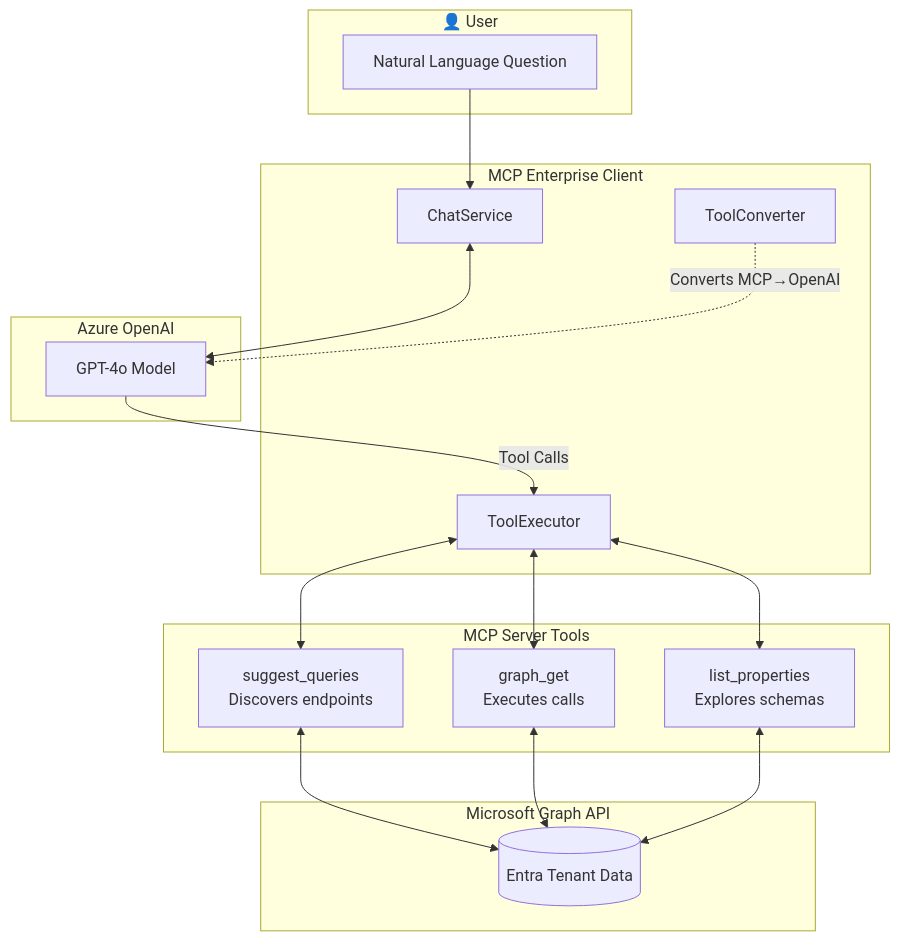
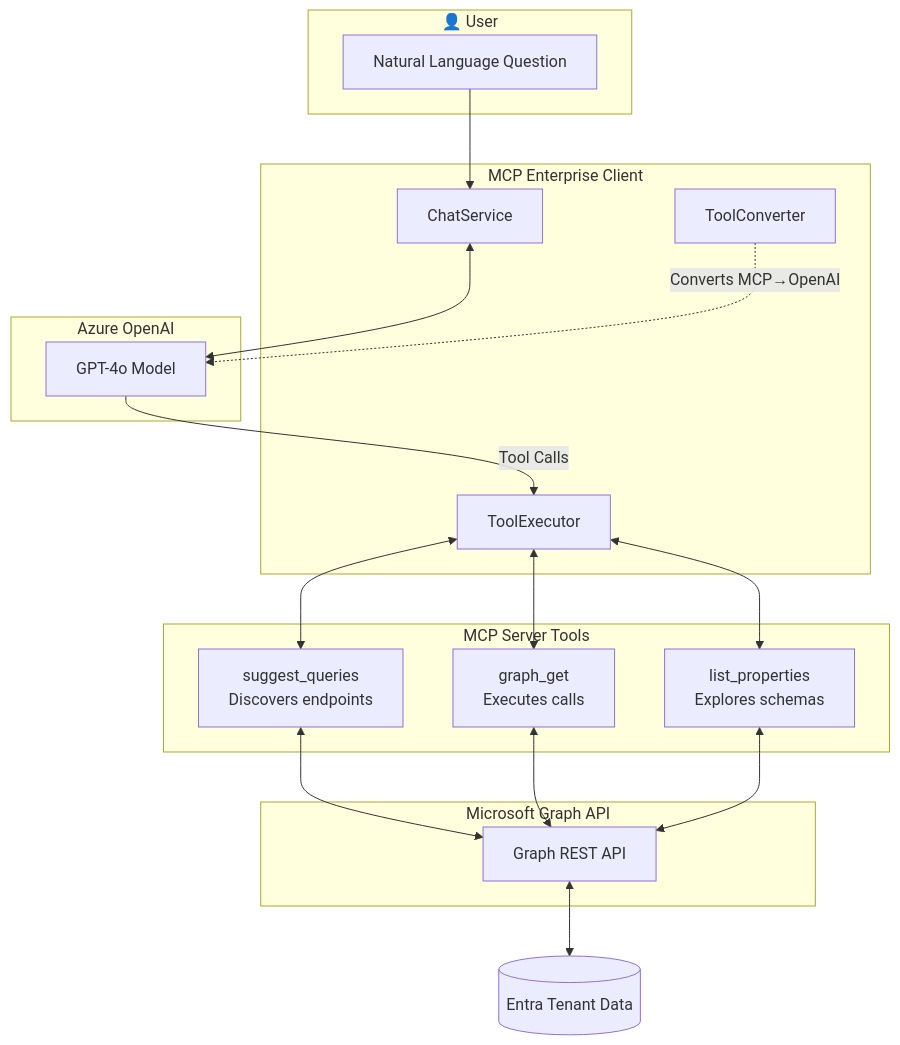
One commit to ravindrabhartiya/MCPGraphClient changed the diagram in docs/README.md. Above: the diagram before and after it, drawn with Mermaid. The commit also changed other lines of this file, not shown here.

Commit message:
Separate Graph API and Entra Tenant Data in architecture diagram

````diff
--- a/docs/README.md
+++ b/docs/README.md
@@ -39,33 +53,36 @@
 ```mermaid
 flowchart TB
     subgraph User["👤 User"]
         Q[Natural Language Question]
     end
 
     subgraph Client["MCP Enterprise Client"]
         CS[ChatService]
         TE[ToolExecutor]
         TC[ToolConverter]
     end
 
     subgraph Azure["Azure OpenAI"]
         GPT[GPT-4o Model]
     end
 
     subgraph MCP["MCP Server Tools"]
         SQ[suggest_queries<br/>Discovers endpoints]
         GG[graph_get<br/>Executes calls]
         LP[list_properties<br/>Explores schemas]
     end
 
     subgraph Graph["Microsoft Graph API"]
-        DATA[(Entra Tenant Data)]
+        API[Graph REST API]
     end
+
+    DATA[(Entra Tenant Data)]
 
     Q --> CS
     CS <--> GPT
     GPT -- Tool Calls --> TE
     TE <--> SQ & GG & LP
-    SQ & GG & LP <--> DATA
+    SQ & GG & LP <--> API
+    API <--> DATA
     TC -. Converts MCP→OpenAI .-> GPT
 ```
````
